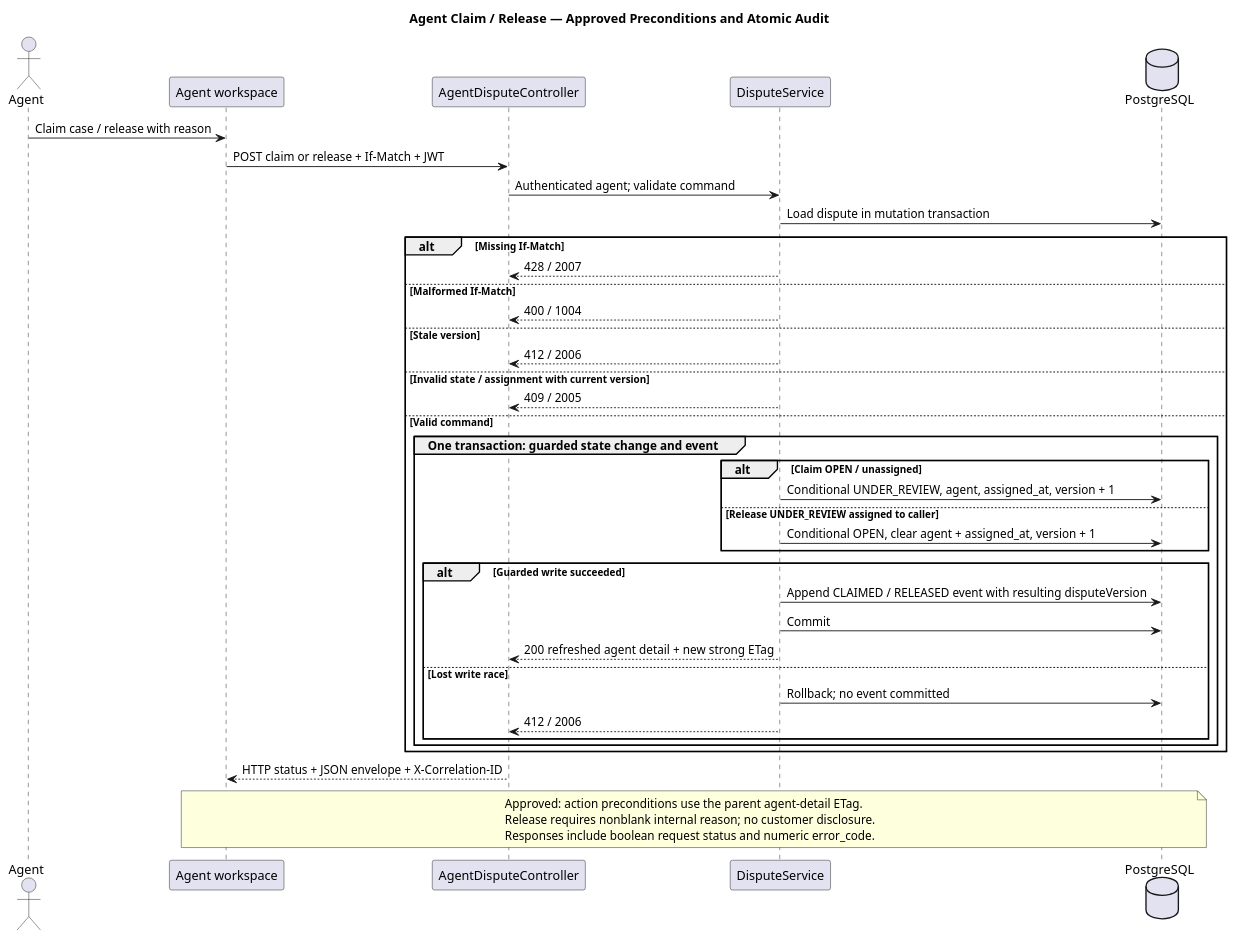
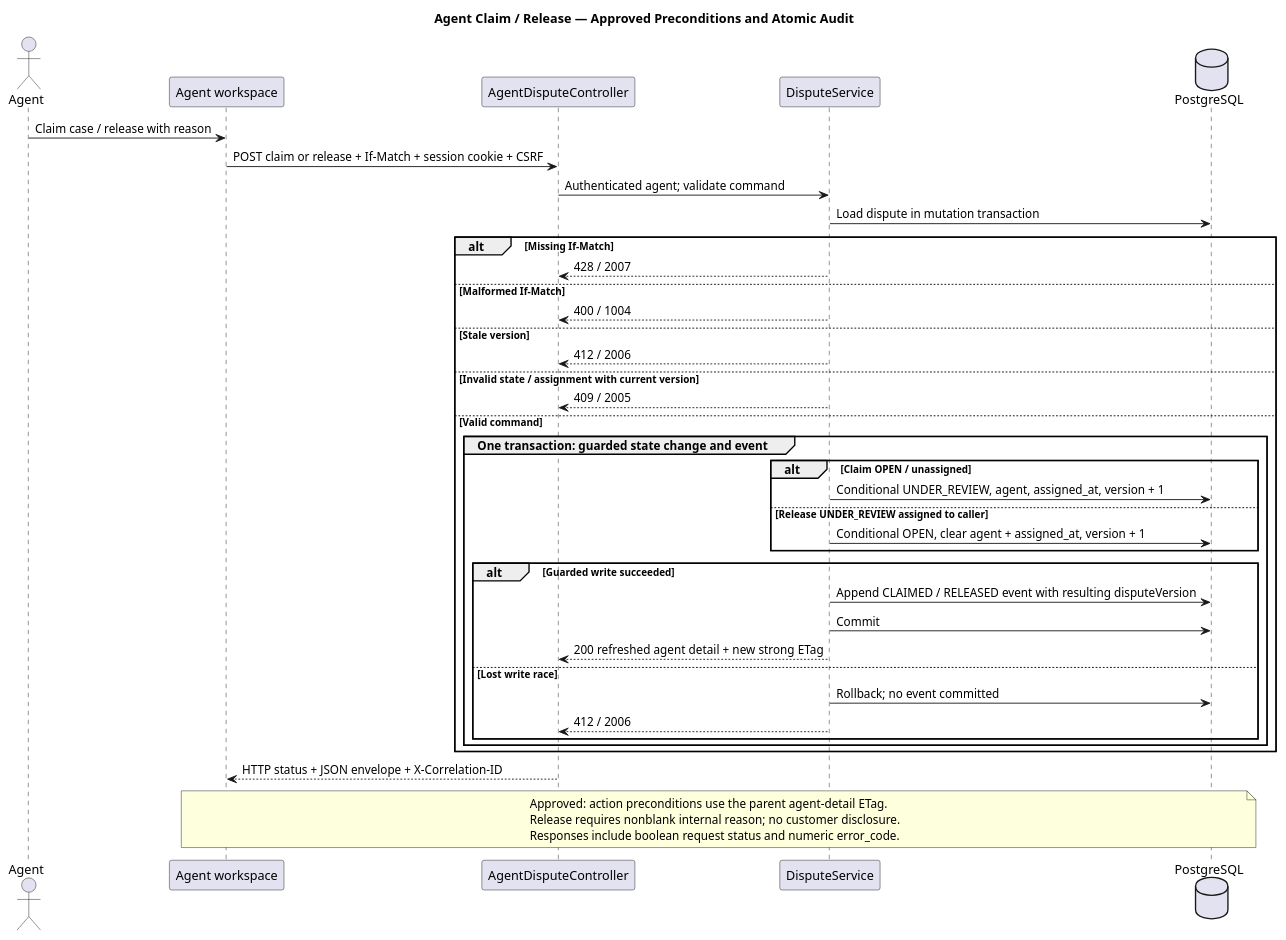
Before and after one commit to DonaldMbara/transaction-dispute-portal: the diagram in docs/design/plantuml/claim-release.puml, drawn with PlantUML. The commit also changed 27 other files, not shown here.

Commit message:
docs: align architecture with session-based authentication

```diff
--- a/docs/design/plantuml/claim-release.puml
+++ b/docs/design/plantuml/claim-release.puml
@@ -1,43 +1,43 @@
 @startuml
 title Agent Claim / Release — Approved Preconditions and Atomic Audit
 actor Agent
 participant "Agent workspace" as UI
 participant "AgentDisputeController" as C
 participant "DisputeService" as S
 database PostgreSQL as DB
 Agent -> UI : Claim case / release with reason
-UI -> C : POST claim or release + If-Match + JWT
+UI -> C : POST claim or release + If-Match + session cookie + CSRF
 C -> S : Authenticated agent; validate command
 S -> DB : Load dispute in mutation transaction
 alt Missing If-Match
   S --> C : 428 / 2007
 else Malformed If-Match
   S --> C : 400 / 1004
 else Stale version
   S --> C : 412 / 2006
 else Invalid state / assignment with current version
   S --> C : 409 / 2005
 else Valid command
   group One transaction: guarded state change and event
     alt Claim OPEN / unassigned
       S -> DB : Conditional UNDER_REVIEW, agent, assigned_at, version + 1
     else Release UNDER_REVIEW assigned to caller
       S -> DB : Conditional OPEN, clear agent + assigned_at, version + 1
     end
     alt Guarded write succeeded
       S -> DB : Append CLAIMED / RELEASED event with resulting disputeVersion
       S -> DB : Commit
       S --> C : 200 refreshed agent detail + new strong ETag
     else Lost write race
       S -> DB : Rollback; no event committed
       S --> C : 412 / 2006
     end
   end
 end
 C --> UI : HTTP status + JSON envelope + X-Correlation-ID
 note over UI, DB
 Approved: action preconditions use the parent agent-detail ETag.
 Release requires nonblank internal reason; no customer disclosure.
 Responses include boolean request status and numeric error_code.
 end note
 @enduml
```
